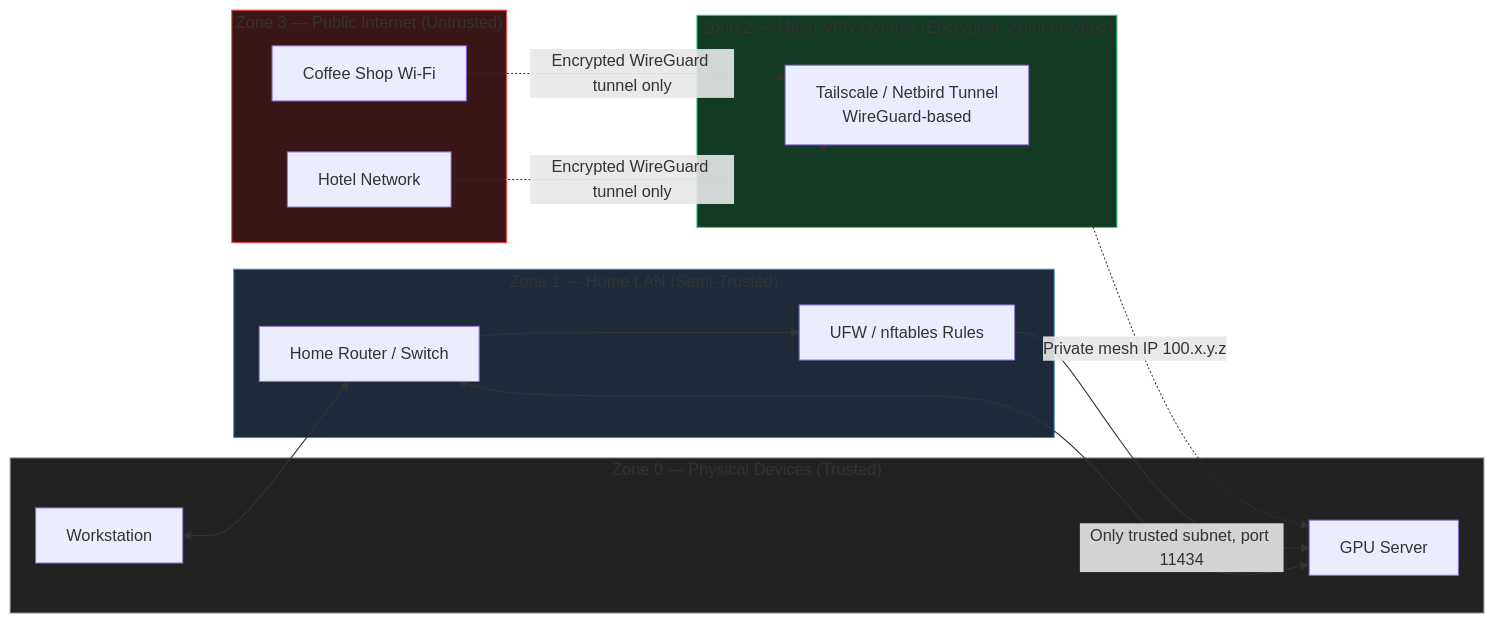
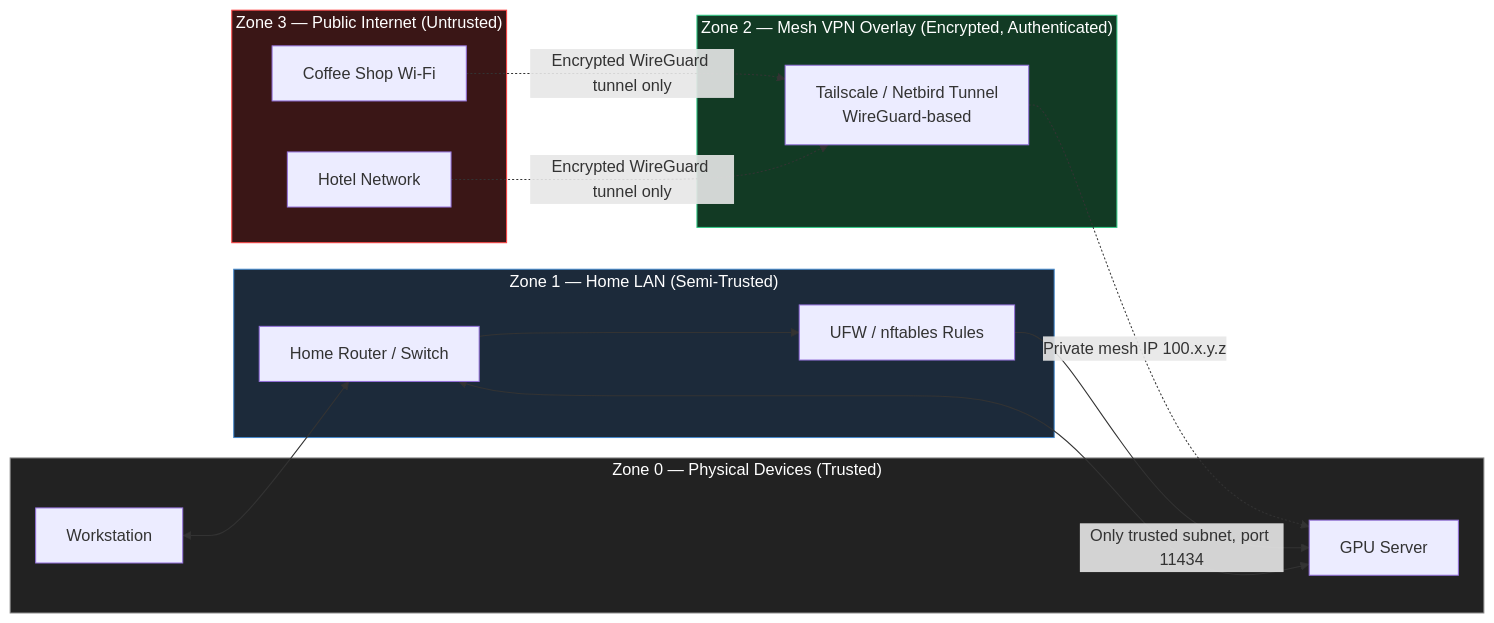
Before and after one commit to seanwhs/Tutorials: the second of 20 diagrams in AI/Local-AI-Server.md, drawn with Mermaid. The commit also changed other lines of this file, not shown here.

````diff
--- a/AI/Local-AI-Server.md
+++ b/AI/Local-AI-Server.md
@@ -98,32 +102,31 @@
 ```mermaid
 flowchart LR
     subgraph Zone0["Zone 0 — Physical Devices (Trusted)"]
         WS[Workstation]
         SRV[GPU Server]
     end
     subgraph Zone1["Zone 1 — Home LAN (Semi-Trusted)"]
         Router[Home Router / Switch]
         Firewall["UFW / nftables Rules"]
     end
     subgraph Zone2["Zone 2 — Mesh VPN Overlay (Encrypted, Authenticated)"]
         TS["Tailscale / Netbird Tunnel<br/>WireGuard-based"]
     end
     subgraph Zone3["Zone 3 — Public Internet (Untrusted)"]
         Cafe[Coffee Shop Wi-Fi]
         Hotel[Hotel Network]
     end
 
     WS <--> Router
     SRV <--> Router
     Router --> Firewall
     Firewall -->|"Only trusted subnet, port 11434"| SRV
-
     Cafe -.->|"Encrypted WireGuard tunnel only"| TS
     Hotel -.->|"Encrypted WireGuard tunnel only"| TS
     TS -.->|"Private mesh IP 100.x.y.z"| SRV
 
-    style Zone3 fill:#3a1616,stroke:#ff4444
-    style Zone2 fill:#123a24,stroke:#33cc88
-    style Zone1 fill:#1c2a3a,stroke:#4488cc
-    style Zone0 fill:#222,stroke:#888
+    style Zone3 fill:#3a1616,stroke:#ff4444,color:#ffffff
+    style Zone2 fill:#123a24,stroke:#33cc88,color:#ffffff
+    style Zone1 fill:#1c2a3a,stroke:#4488cc,color:#ffffff
+    style Zone0 fill:#222222,stroke:#888888,color:#ffffff
 ```
````
